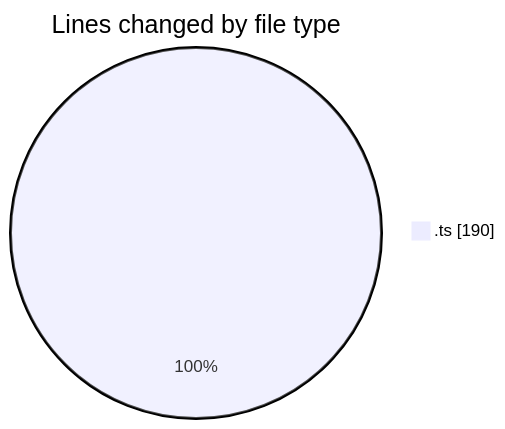
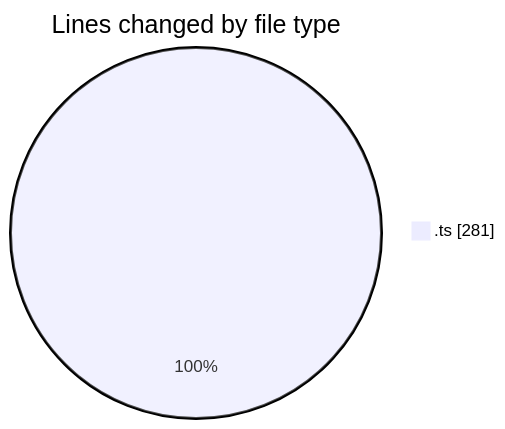
Before and after one commit to momahboobian/code-tracking: the first of 2 diagrams in 2025-06-24/cda/README.md, drawn with Mermaid. The commit also changed other lines of this file and 1 other file, not shown here.

````diff
--- a/2025-06-24/cda/README.md
+++ b/2025-06-24/cda/README.md
@@ -20,5 +20,5 @@
 ```mermaid
 pie showData
 title Lines changed by file type
-".ts" : 190
+".ts" : 281
 ```
````
